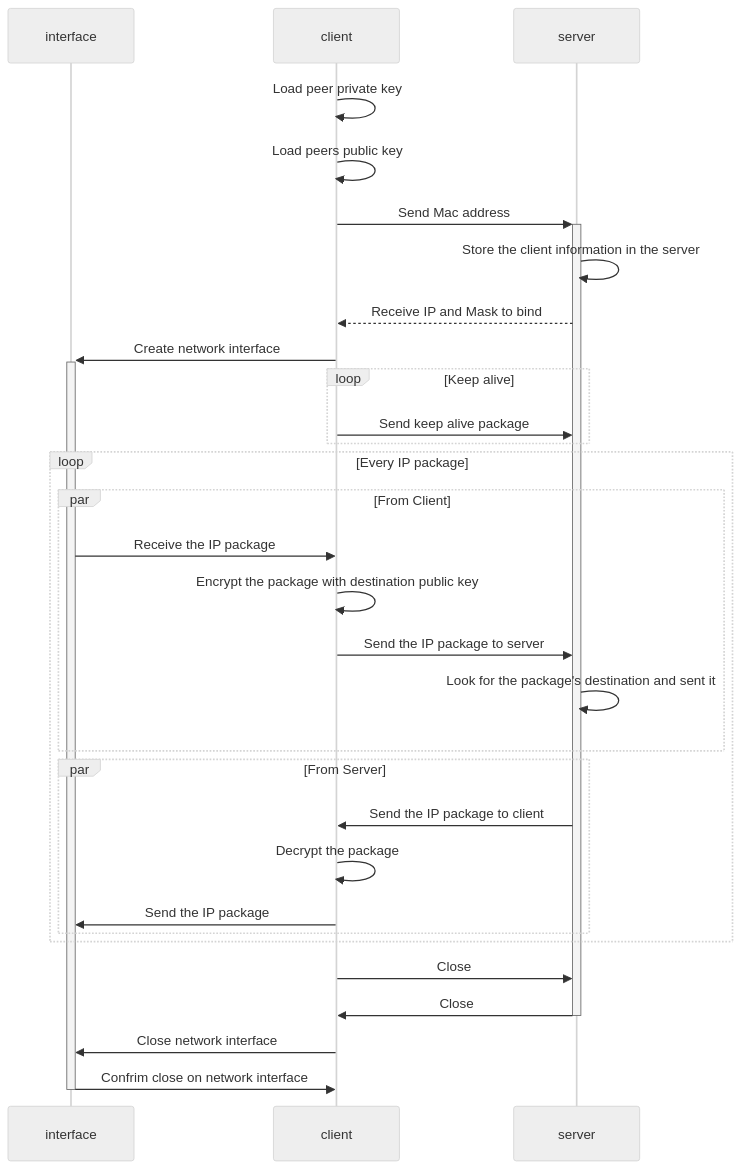
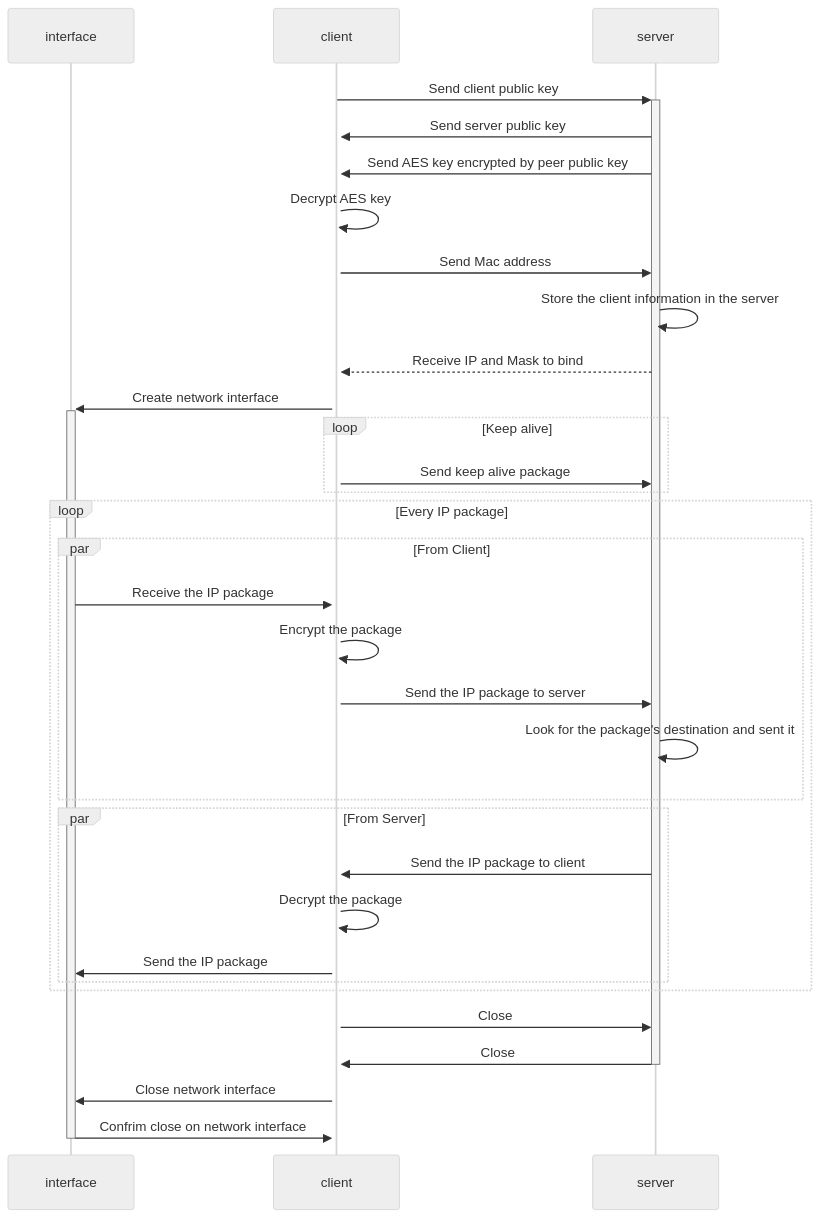
Before and after one commit to henrybarreto/minivpn: the diagram in README.md, drawn with Mermaid (neutral theme).

Commit message:
update sequence diagram to AES encryption

````diff
--- a/README.md
+++ b/README.md
@@ -25,35 +25,37 @@
 ```mermaid
 sequenceDiagram
 participant interface
 participant client
 participant server
-client ->> client: Load peer private key
-client ->> client: Load peers public key
-client ->>+ server: Send Mac address
+client ->>+ server: Send client public key
+server ->>+ client: Send server public key
+server ->> client: Send AES key encrypted by peer public key
+client ->> client: Decrypt AES key
+client ->> server: Send Mac address
 server ->> server: Store the client information in the server
 server -->> client: Receive IP and Mask to bind
 client ->>+ interface: Create network interface
 
 loop Keep alive
     client ->> server: Send keep alive package
 end
 
 loop Every IP package
     par From Client
     interface ->> client: Receive the IP package
-    client ->> client: Encrypt the package with destination public key
+    client ->> client: Encrypt the package
     client ->> server: Send the IP package to server
     server ->> server: Look for the package's destination and sent it
     end
     par From Server
     server ->> client: Send the IP package to client
     client ->> client: Decrypt the package
     client ->> interface: Send the IP package
     end
 end
 
 client ->> server: Close
 server ->>- client: Close
 client ->> interface: Close network interface
 interface ->>- client: Confrim close on network interface
 ```
````
